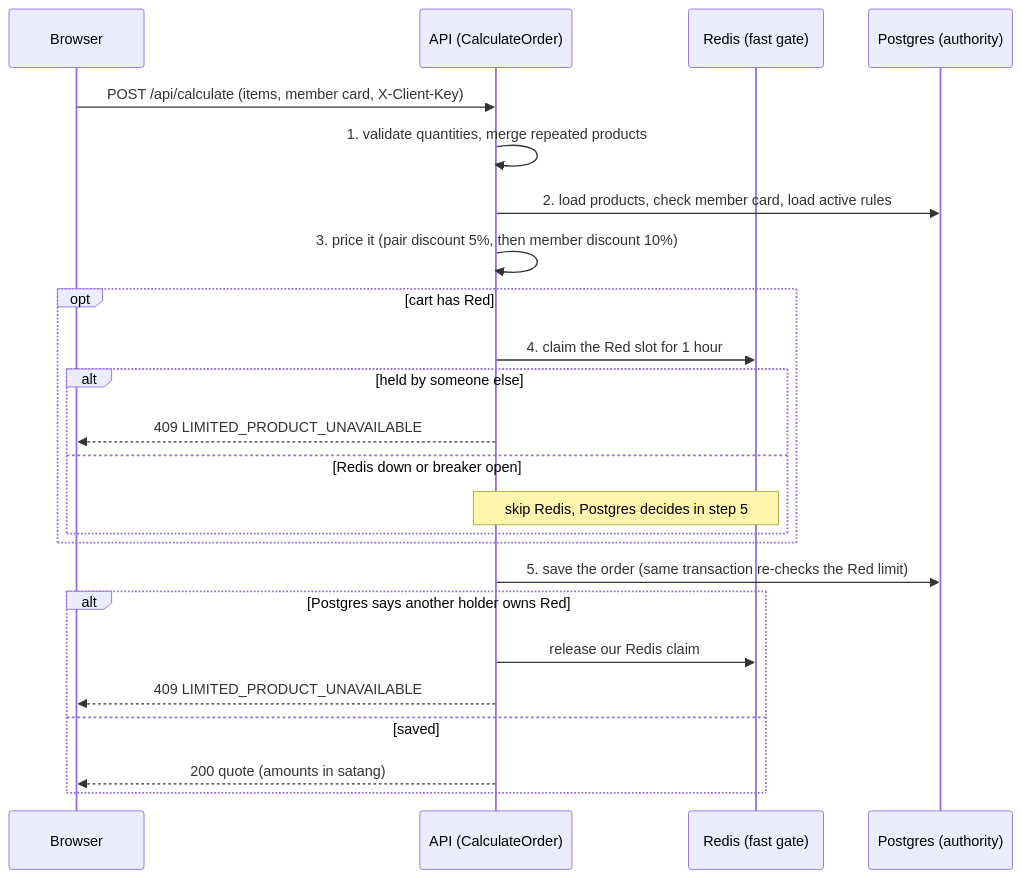
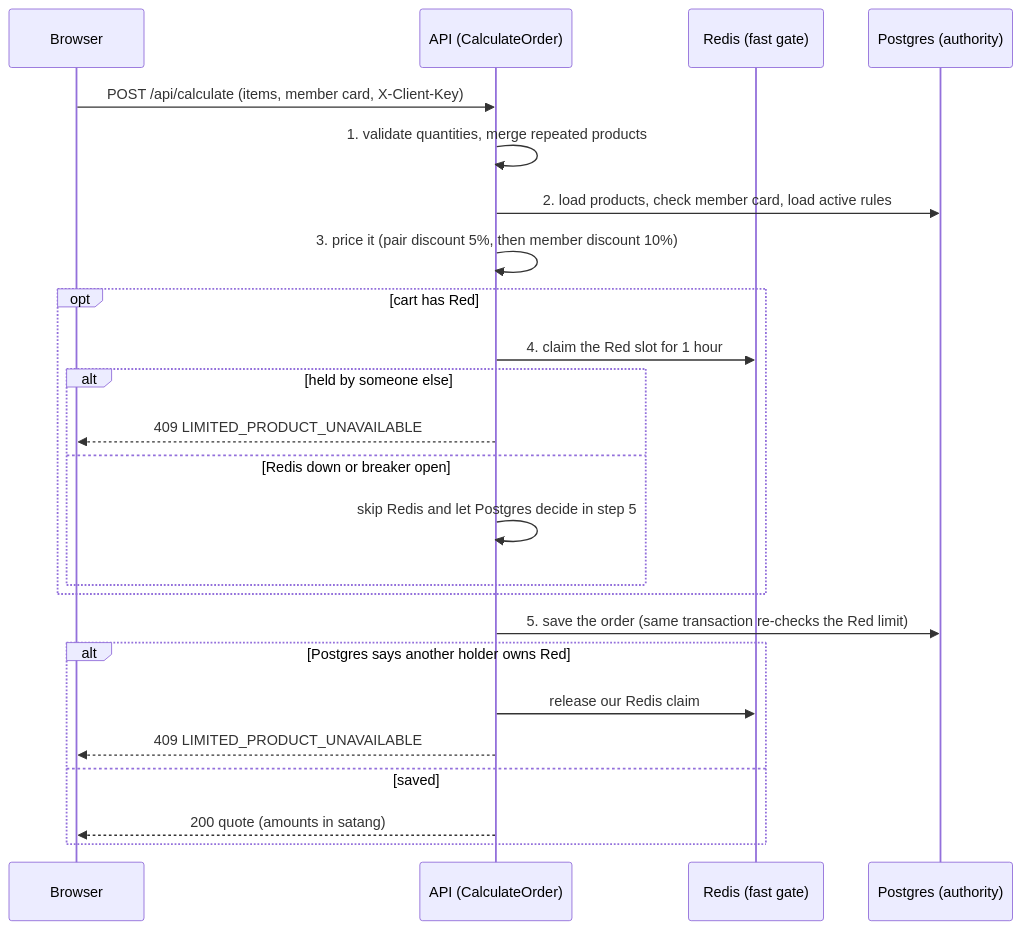
The third of 4 diagrams in README.md (Comnarin/Code-homework), drawn with Mermaid before and after one commit. The commit also changed other lines of this file, not shown here.

Commit message:
docs: simplify the Redis-failure diagrams so GitHub renders them

````diff
--- a/README.md
+++ b/README.md
@@ -151,26 +151,26 @@
 ```mermaid
 sequenceDiagram
     participant B as Browser
     participant API as API (CalculateOrder)
     participant RD as Redis (fast gate)
     participant PG as Postgres (authority)
     B->>API: POST /api/calculate (items, member card, X-Client-Key)
     API->>API: 1. validate quantities, merge repeated products
     API->>PG: 2. load products, check member card, load active rules
     API->>API: 3. price it (pair discount 5%, then member discount 10%)
     opt cart has Red
         API->>RD: 4. claim the Red slot for 1 hour
         alt held by someone else
             API-->>B: 409 LIMITED_PRODUCT_UNAVAILABLE
         else Redis down or breaker open
-            Note over API,RD: skip Redis, Postgres decides in step 5
+            API->>API: skip Redis and let Postgres decide in step 5
         end
     end
     API->>PG: 5. save the order (same transaction re-checks the Red limit)
     alt Postgres says another holder owns Red
         API->>RD: release our Redis claim
         API-->>B: 409 LIMITED_PRODUCT_UNAVAILABLE
     else saved
         API-->>B: 200 quote (amounts in satang)
     end
 ```
````
